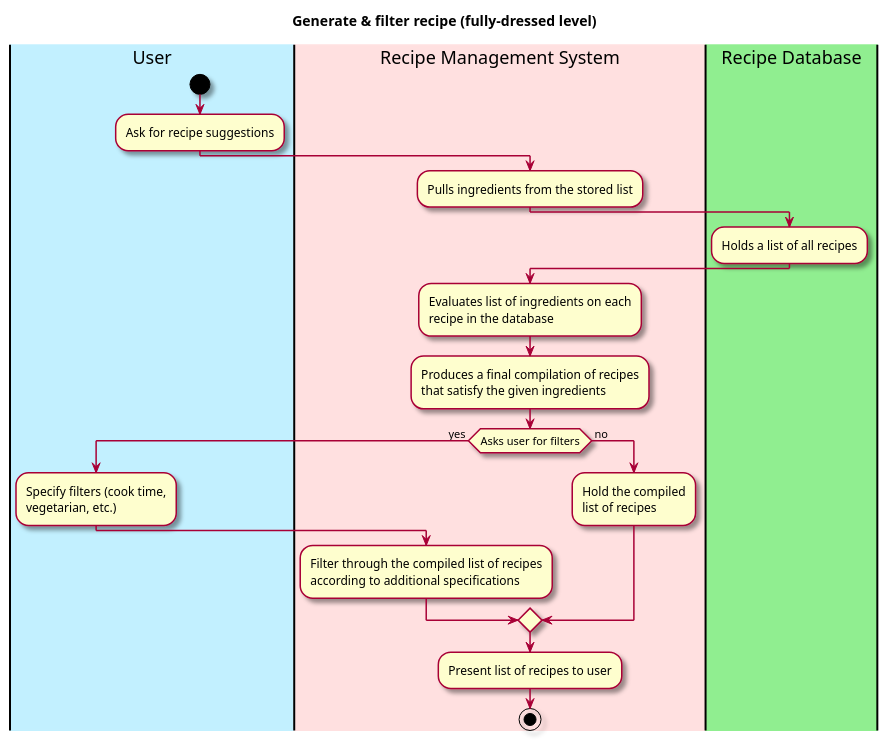
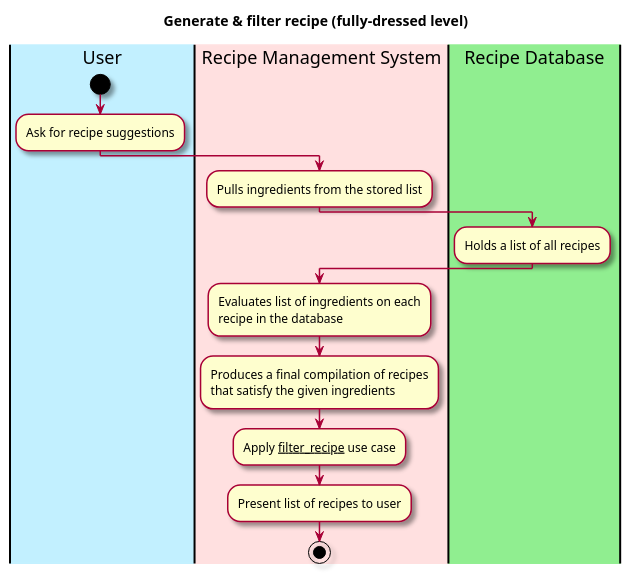
Before and after one commit to berthashipper/Pantry-Pal-Android-Application: the diagram in intellij/doc/use-cases/generate_recipe.md, drawn with PlantUML. The commit also changed 4 other files, not shown here.

Commit message:
Improvements, modifications to use case diagrams

````diff
--- a/intellij/doc/use-cases/generate_recipe.md
+++ b/intellij/doc/use-cases/generate_recipe.md
@@ -30,45 +30,34 @@
 ```plantuml
 @startuml
 
 skin rose
 
 title Generate & filter recipe (fully-dressed level)
 
 'define the lanes
 |#application|User|
 |#implementation|Recipe Management System|
 |#lightgreen|Recipe Database|
 
 |User|
 start
 :Ask for recipe suggestions;
 
 |Recipe Management System|
 :Pulls ingredients from the stored list;
 
 |Recipe Database|
 :Holds a list of all recipes;
 
 |Recipe Management System|
 :Evaluates list of ingredients on each
 recipe in the database;
 :Produces a final compilation of recipes
 that satisfy the given ingredients;
 
-if (Asks user for filters) is  ( yes ) then
-|User|
-:Specify filters (cook time,
-vegetarian, etc.);
-|Recipe Management System|
-:Filter through the compiled list of recipes
-according to additional specifications;
-|Recipe Management System|
-else ( no ) 
-:Hold the compiled
-list of recipes;
-endif
+:Apply __filter_recipe__ use case;
 
 :Present list of recipes to user;
 stop
 @enduml
 ```
````
